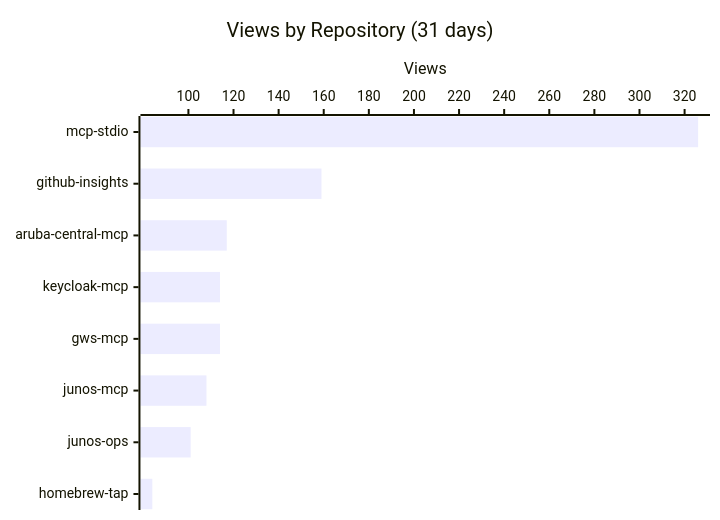
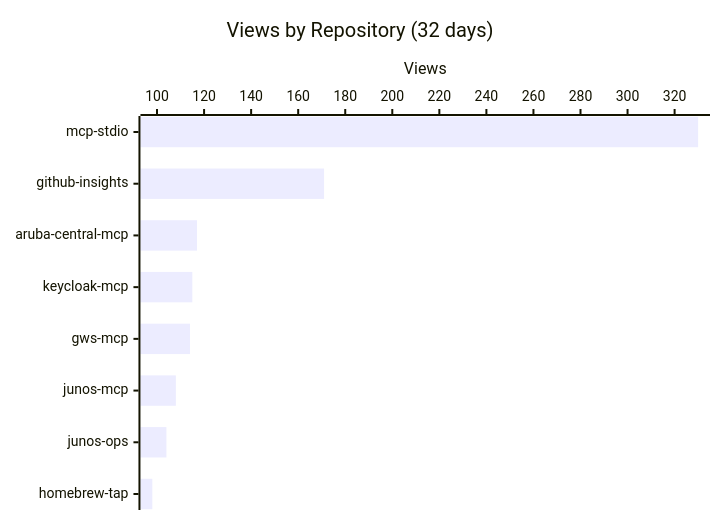
Before and after one commit to shigechika/github-insights: the first of 3 diagrams in README.md, drawn with Mermaid. The commit also changed other lines of this file and 2 other files, not shown here.

````diff
--- a/README.md
+++ b/README.md
@@ -14,7 +14,7 @@
 ```mermaid
 xychart-beta horizontal
-    title "Views by Repository (31 days)"
+    title "Views by Repository (32 days)"
     x-axis ["mcp-stdio", "github-insights", "aruba-central-mcp", "keycloak-mcp", "gws-mcp", "junos-mcp", "junos-ops", "homebrew-tap"]
     y-axis "Views"
-    bar [326, 159, 117, 114, 114, 108, 101, 84]
+    bar [330, 171, 117, 115, 114, 108, 104, 98]
 ```
````
